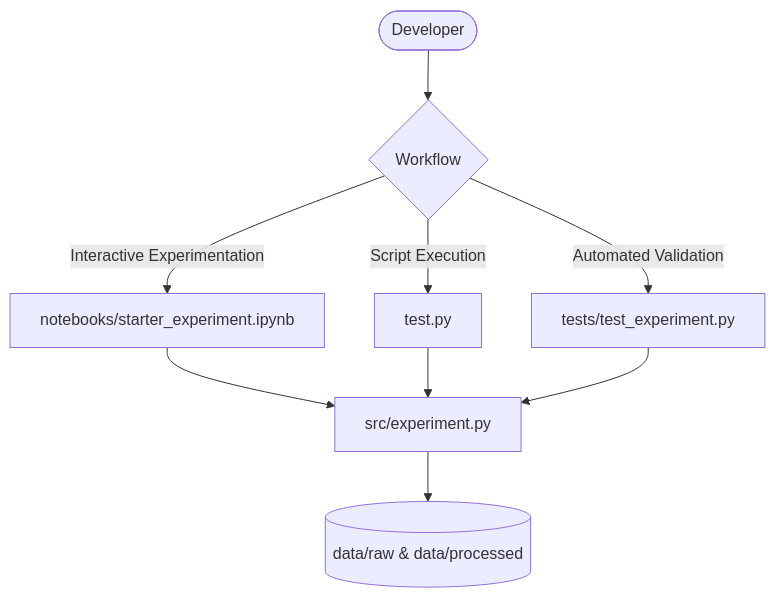
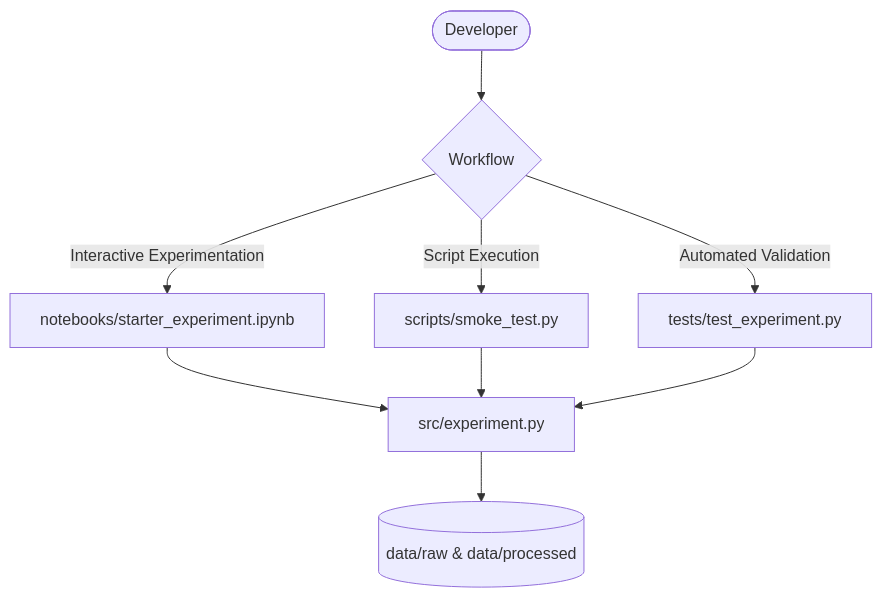
Before and after one commit to bhabakjishnu/ai-lab: the first of 4 diagrams in README.md, drawn with Mermaid. The commit also changed other lines of this file and 10 other files, not shown here.

````diff
--- a/README.md
+++ b/README.md
@@ -23,13 +23,13 @@
 ```mermaid
 flowchart TD
   User([Developer]) --> Workflow{Workflow}
   Workflow -->|Interactive Experimentation| NB[notebooks/starter_experiment.ipynb]
-  Workflow -->|Script Execution| Script[test.py]
+  Workflow -->|Script Execution| Script[scripts/smoke_test.py]
   Workflow -->|Automated Validation| Tests[tests/test_experiment.py]
   
   NB --> Core[src/experiment.py]
   Script --> Core
   Tests --> Core
   
   Core --> Data[(data/raw & data/processed)]
 ```
````
